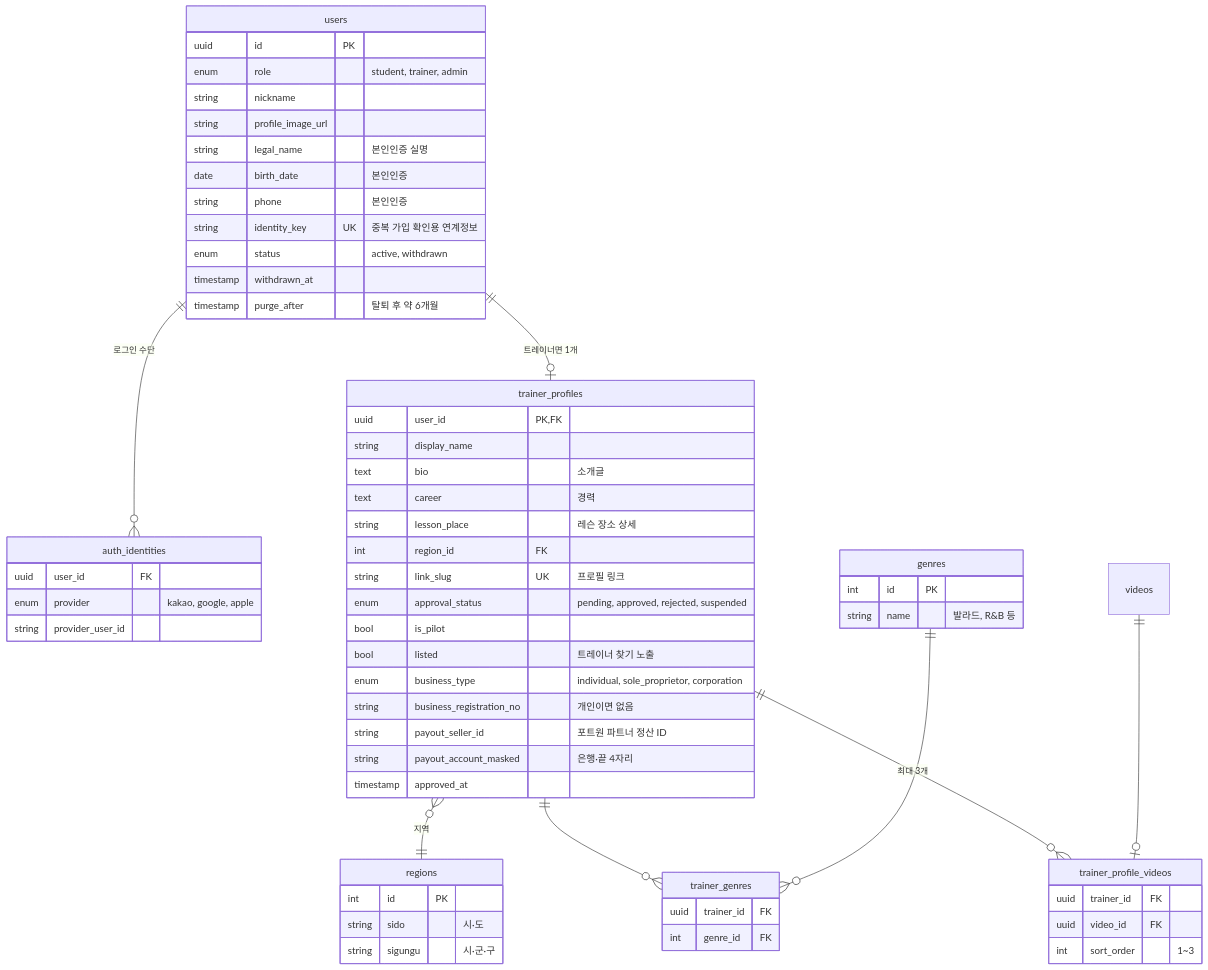
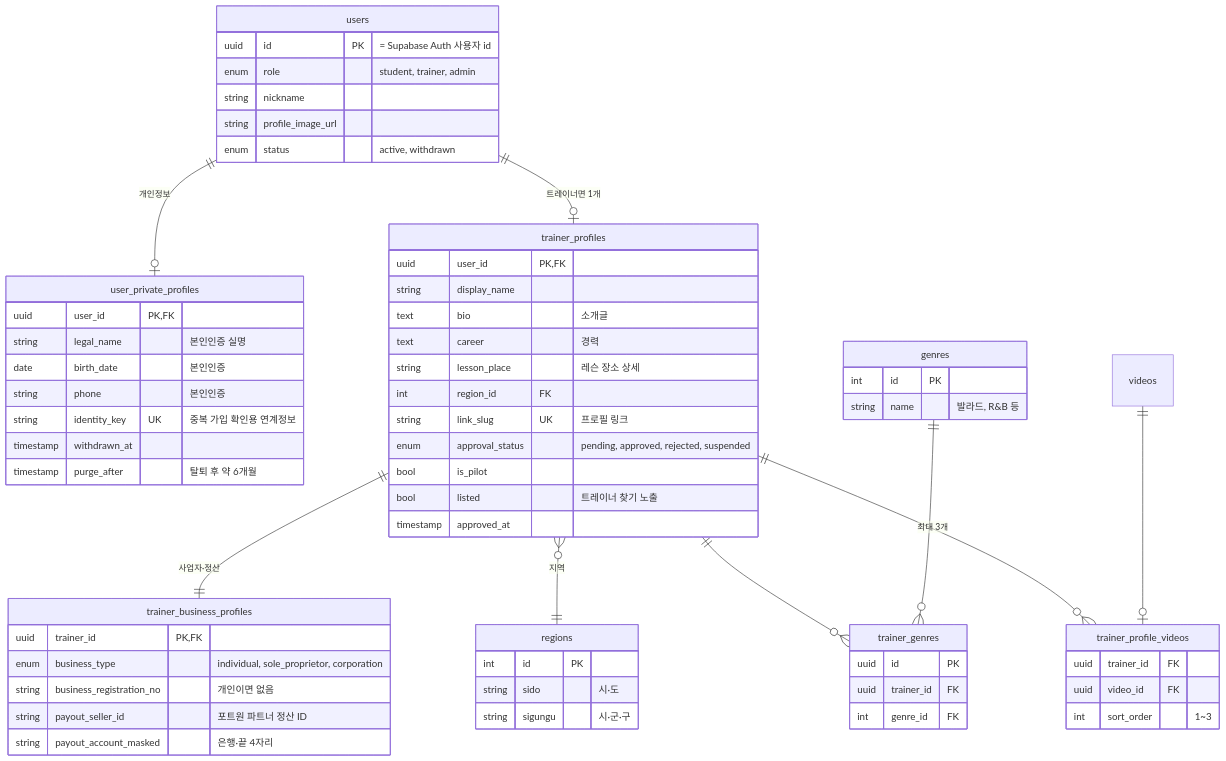
The first of 7 diagrams in docs/erd.md (Yun-Jehyeok/vocals), drawn with Mermaid before and after one commit. The commit also changed other lines of this file and 2 other files, not shown here.

First line of the commit message:
docs: erd 2장 개인정보 테이블 분리와 Supabase Auth 반영

````diff
--- a/docs/erd.md
+++ b/docs/erd.md
@@ -38,64 +42,67 @@
 ```mermaid
 erDiagram
-    users ||--o{ auth_identities : "로그인 수단"
+    users ||--o| user_private_profiles : "개인정보"
     users ||--o| trainer_profiles : "트레이너면 1개"
+    trainer_profiles ||--|| trainer_business_profiles : "사업자·정산"
     trainer_profiles }o--|| regions : "지역"
     trainer_profiles ||--o{ trainer_genres : ""
     genres ||--o{ trainer_genres : ""
     trainer_profiles ||--o{ trainer_profile_videos : "최대 3개"
     videos ||--o| trainer_profile_videos : ""
 
     users {
-        uuid id PK
+        uuid id PK "= Supabase Auth 사용자 id"
         enum role "student, trainer, admin"
         string nickname
         string profile_image_url
+        enum status "active, withdrawn"
+    }
+    user_private_profiles {
+        uuid user_id PK, FK
         string legal_name "본인인증 실명"
         date birth_date "본인인증"
         string phone "본인인증"
         string identity_key UK "중복 가입 확인용 연계정보"
-        enum status "active, withdrawn"
         timestamp withdrawn_at
         timestamp purge_after "탈퇴 후 약 6개월"
-    }
-    auth_identities {
-        uuid user_id FK
-        enum provider "kakao, google, apple"
-        string provider_user_id
     }
     trainer_profiles {
         uuid user_id PK, FK
         string display_name
         text bio "소개글"
         text career "경력"
         string lesson_place "레슨 장소 상세"
         int region_id FK
         string link_slug UK "프로필 링크"
         enum approval_status "pending, approved, rejected, suspended"
         bool is_pilot
         bool listed "트레이너 찾기 노출"
+        timestamp approved_at
+    }
+    trainer_business_profiles {
+        uuid trainer_id PK, FK
         enum business_type "individual, sole_proprietor, corporation"
         string business_registration_no "개인이면 없음"
         string payout_seller_id "포트원 파트너 정산 ID"
         string payout_account_masked "은행·끝 4자리"
-        timestamp approved_at
     }
     regions {
         int id PK
         string sido "시·도"
         string sigungu "시·군·구"
     }
     genres {
         int id PK
         string name "발라드, R&B 등"
     }
     trainer_genres {
+        uuid id PK
         uuid trainer_id FK
         int genre_id FK
     }
     trainer_profile_videos {
         uuid trainer_id FK
         uuid video_id FK
         int sort_order "1~3"
     }
 ```
````
